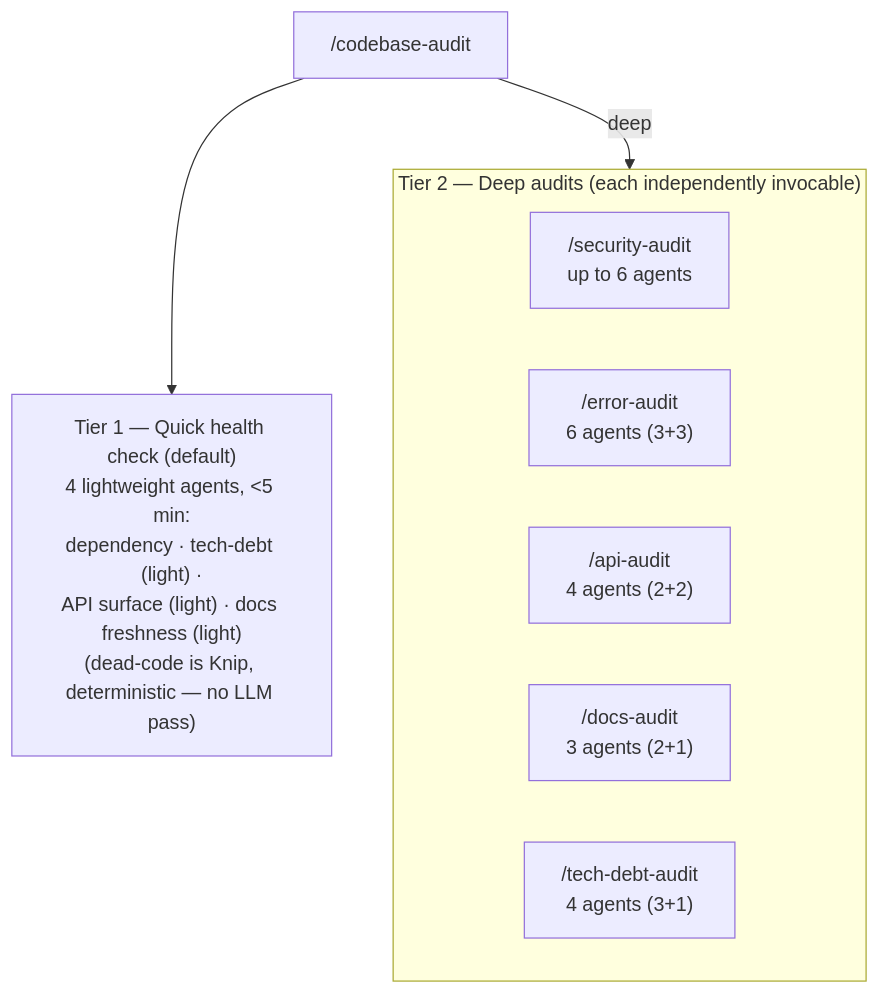
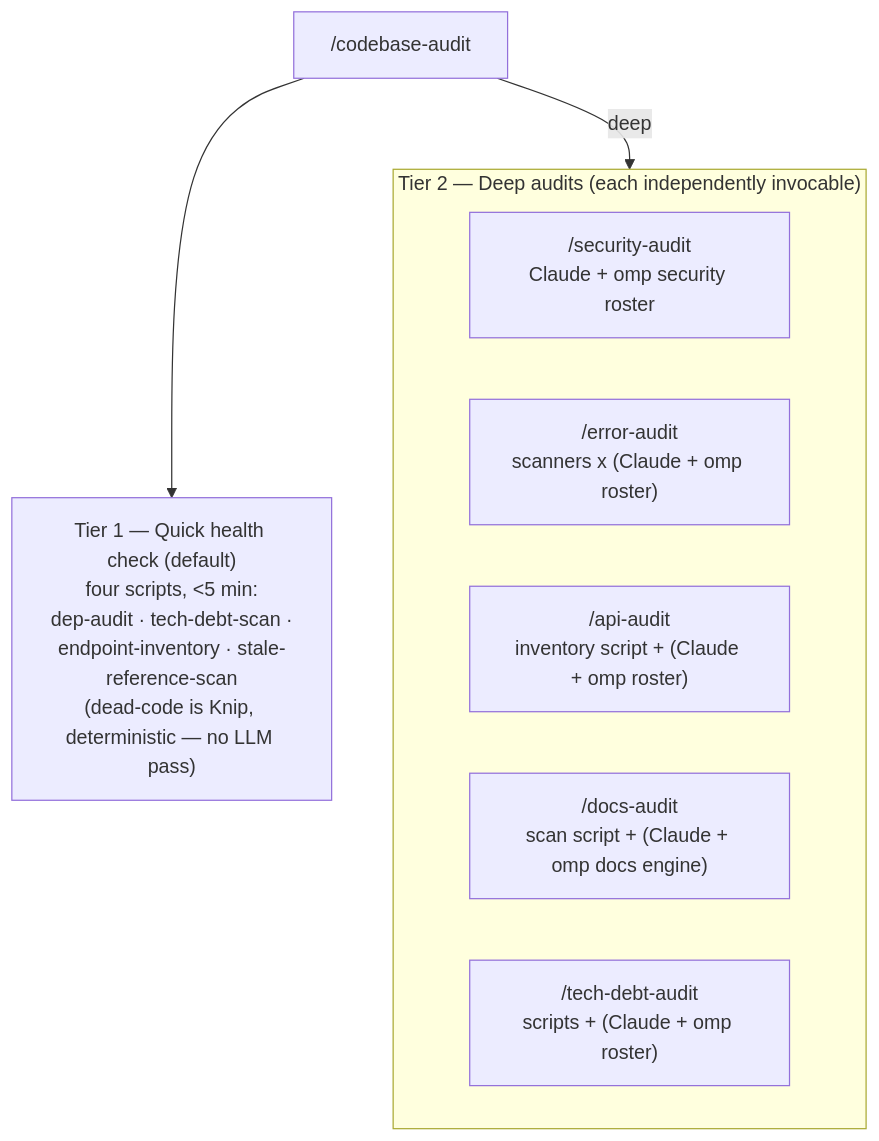
Before and after one commit to nodera-studio/agent-os: the first of 2 diagrams in agents/codebase/README.md, drawn with Mermaid. The commit also changed other lines of this file and 10 other files, not shown here.

First line of the commit message:
Move the codebase audits to scripts plus the omp roster

````diff
--- a/agents/codebase/README.md
+++ b/agents/codebase/README.md
@@ -5,14 +5,14 @@
 ```mermaid
 flowchart TD
-    CMD["/codebase-audit"] --> T1["Tier 1 — Quick health check (default)<br/>4 lightweight agents, &lt;5 min:<br/>dependency · tech-debt (light) ·<br/>API surface (light) · docs freshness (light)<br/>(dead-code is Knip, deterministic — no LLM pass)"]
+    CMD["/codebase-audit"] --> T1["Tier 1 — Quick health check (default)<br/>four scripts, &lt;5 min:<br/>dep-audit · tech-debt-scan ·<br/>endpoint-inventory · stale-reference-scan<br/>(dead-code is Knip, deterministic — no LLM pass)"]
     CMD -->|"deep"| T2
 
     subgraph T2["Tier 2 — Deep audits (each independently invocable)"]
         direction LR
-        SEC["/security-audit<br/>up to 6 agents"]
-        ERR["/error-audit<br/>6 agents (3+3)"]
-        API["/api-audit<br/>4 agents (2+2)"]
-        DOC["/docs-audit<br/>3 agents (2+1)"]
-        DEBT["/tech-debt-audit<br/>4 agents (3+1)"]
+        SEC["/security-audit<br/>Claude + omp security roster"]
+        ERR["/error-audit<br/>scanners x (Claude + omp roster)"]
+        API["/api-audit<br/>inventory script + (Claude + omp roster)"]
+        DOC["/docs-audit<br/>scan script + (Claude + omp docs engine)"]
+        DEBT["/tech-debt-audit<br/>scripts + (Claude + omp roster)"]
     end
 ```
````
